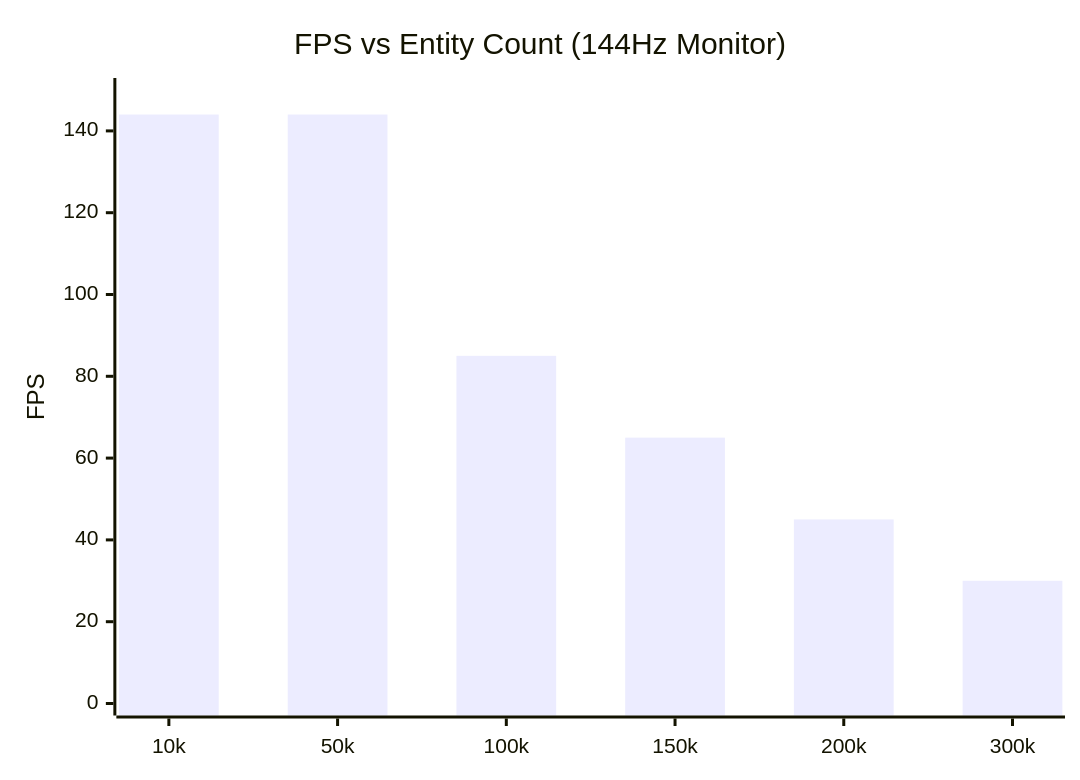
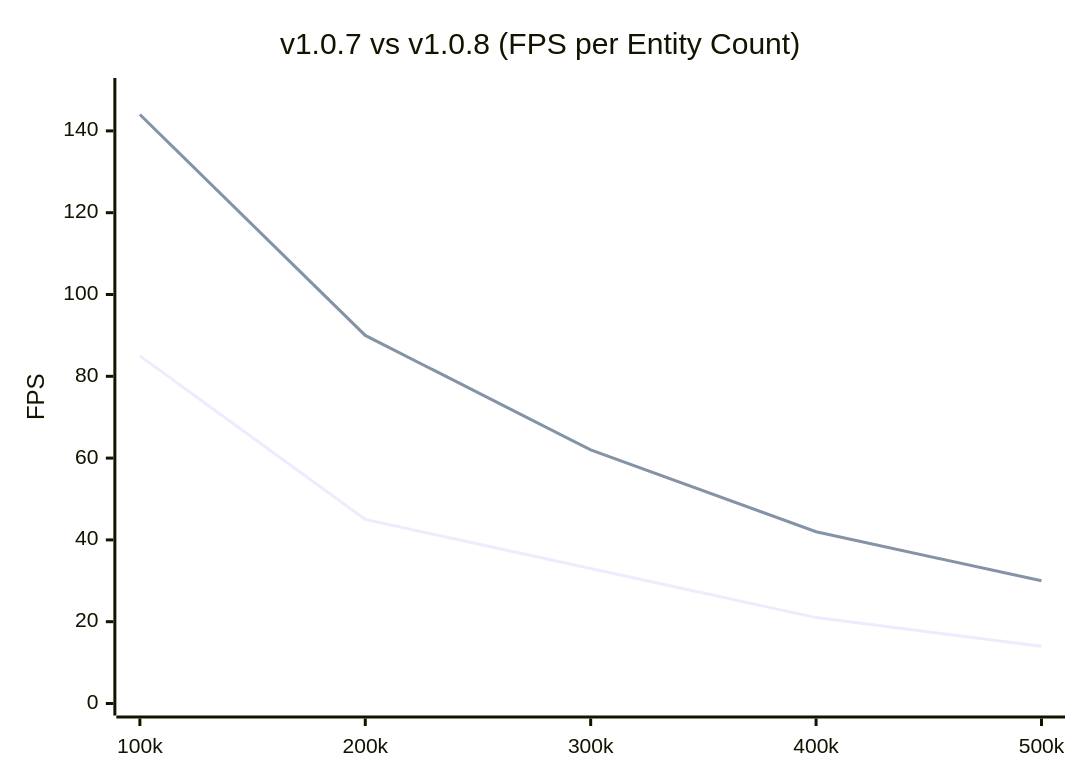
The diagram in docs_site/en/performance.md (sofia-gros/pluto-engine), drawn with Mermaid before and after one commit. The commit also changed other lines of this file and 19 other files, not shown here.

````diff
--- a/docs_site/en/performance.md
+++ b/docs_site/en/performance.md
@@ -51,7 +38,8 @@
 ```mermaid
 xychart-beta
-    title "FPS vs Entity Count (144Hz Monitor)"
-    x-axis ["10k", "50k", "100k", "150k", "200k", "300k"]
+    title "v1.0.7 vs v1.0.8 (FPS per Entity Count)"
+    x-axis ["100k", "200k", "300k", "400k", "500k"]
     y-axis "FPS" 0 --> 150
-    bar [144, 144, 85, 65, 45, 30]
+    line [85, 45, 33, 21, 14]
+    line [144, 90, 62, 42, 30]
 ```
````
